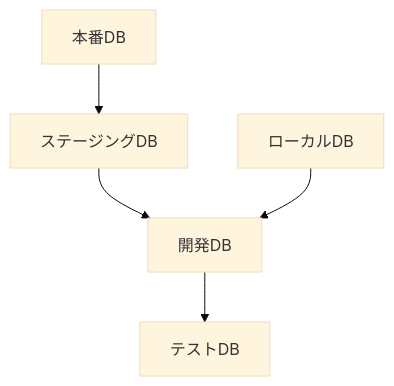
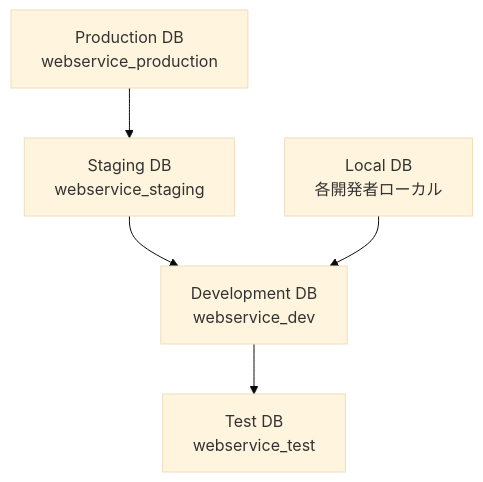
One commit to aromarious/next-hono-betterauth-base changed the third of 3 diagrams in 10-3-database-design-guidelines.md. Above: the diagram before and after it, drawn with Mermaid (base theme). The commit also changed other lines of this file and 9 other files, not shown here.

````diff
--- a/10-3-database-design-guidelines.md
+++ b/10-3-database-design-guidelines.md
@@ -38,7 +45,7 @@
 ```mermaid
 graph TB
-    A[本番DB] --> B[ステージングDB]
-    B --> C[開発DB]
-    C --> D[テストDB]
-    E[ローカルDB] --> C
+    A[Production DB<br/>webservice_production] --> B[Staging DB<br/>webservice_staging]
+    B --> C[Development DB<br/>webservice_dev]  
+    C --> D[Test DB<br/>webservice_test]
+    E[Local DB<br/>各開発者ローカル] --> C
 ```
````
